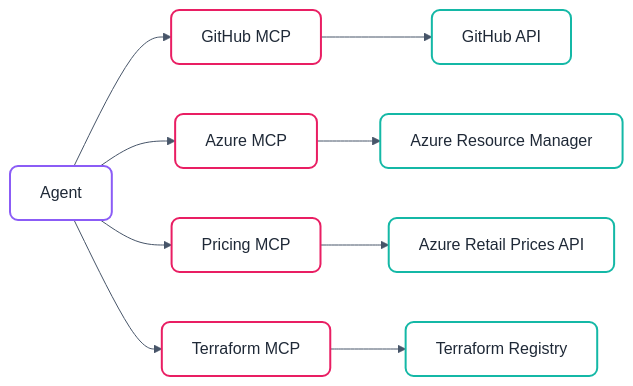
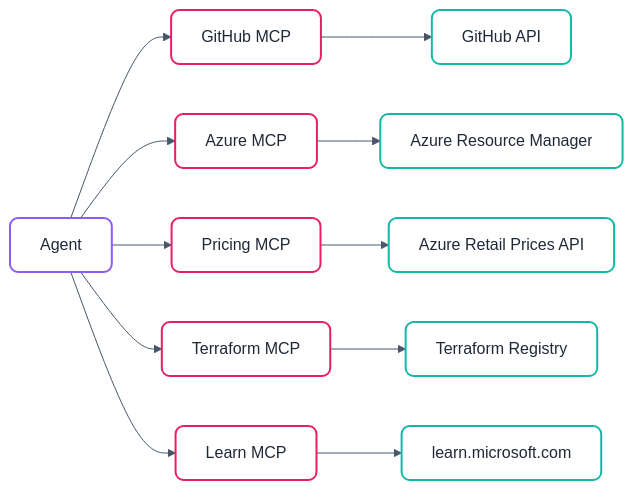
Before and after one commit to tan-ex/apex-agent-blueprint: the diagram in docs/how-it-works/mcp-integration.md, drawn with Mermaid. The commit also changed other lines of this file and 62 other files, not shown here.

````diff
--- a/docs/how-it-works/mcp-integration.md
+++ b/docs/how-it-works/mcp-integration.md
@@ -19,32 +21,34 @@
 ```mermaid
 %%{
   init: {
     'theme': 'base',
     'themeVariables': {
       'primaryColor': '#ffffff',
       'primaryTextColor': '#333333',
       'primaryBorderColor': '#14b8a6',
       'lineColor': '#475569',
       'fontFamily': 'ui-sans-serif, system-ui, -apple-system, sans-serif'
     },
     'flowchart': {
       'curve': 'basis',
       'nodeSpacing': 50,
       'rankSpacing': 50
     }
   }
 }%%
 flowchart LR
     classDef default fill:#ffffff,stroke:#14b8a6,stroke-width:2px,color:#1f2937,rx:8px,ry:8px;
     classDef agent fill:#ffffff,stroke:#8b5cf6,stroke-width:2px,color:#1f2937,rx:8px,ry:8px;
     classDef mcp fill:#ffffff,stroke:#e91e63,stroke-width:2px,color:#1f2937,rx:8px,ry:8px;
 
     A["Agent"]:::agent --> M1["GitHub MCP"]:::mcp
     A --> M3["Azure MCP"]:::mcp
     A --> M4["Pricing MCP"]:::mcp
     A --> M5["Terraform MCP"]:::mcp
+    A --> M6["Learn MCP"]:::mcp
     M1 --> G["GitHub API"]
     M3 --> AZ["Azure Resource Manager"]
     M4 --> P["Azure Retail Prices API"]
     M5 --> T["Terraform Registry"]
+    M6 --> L["learn.microsoft.com"]
 ```
````
